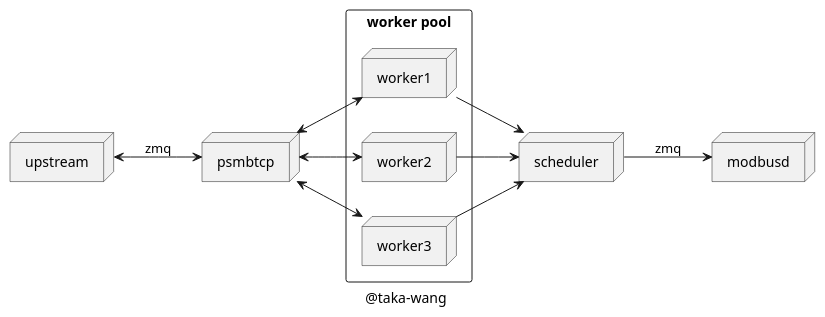
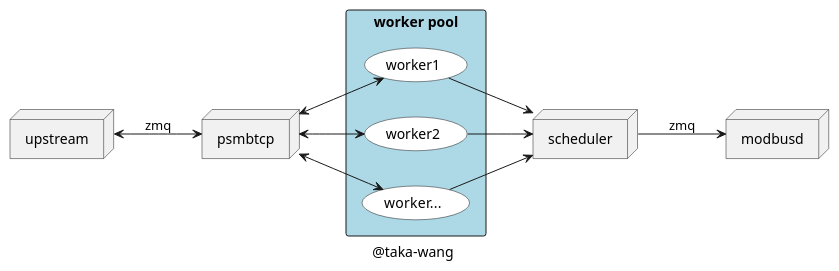
Before and after one commit to taka-wang/puml: the diagram in deployment/u2d.puml, drawn with PlantUML. The commit also changed 1 other file, not shown here.

Commit message:
update deployment diagram

```diff
--- a/deployment/u2d.puml
+++ b/deployment/u2d.puml
@@ -1,28 +1,28 @@
 @startuml
 
 node scheduler
 node modbusd
 node upstream
 node psmbtcp
 
-rectangle "worker pool" {
-    node worker1
-    node worker2
-    node worker3
+rectangle "worker pool" #LightBlue{
+    Usecase worker1 #FFF
+    Usecase worker2 #FFF
+    Usecase worker... #FFF
 }
 
 left to right direction
 
 upstream <--> psmbtcp : zmq
 psmbtcp <--> worker1
 psmbtcp <--> worker2
-psmbtcp <--> worker3
+psmbtcp <--> worker...
 worker1 --> scheduler
 worker2 --> scheduler
-worker3 --> scheduler
+worker... --> scheduler
 scheduler --> modbusd : zmq
 
 
 caption @taka-wang
 
 @enduml
```
